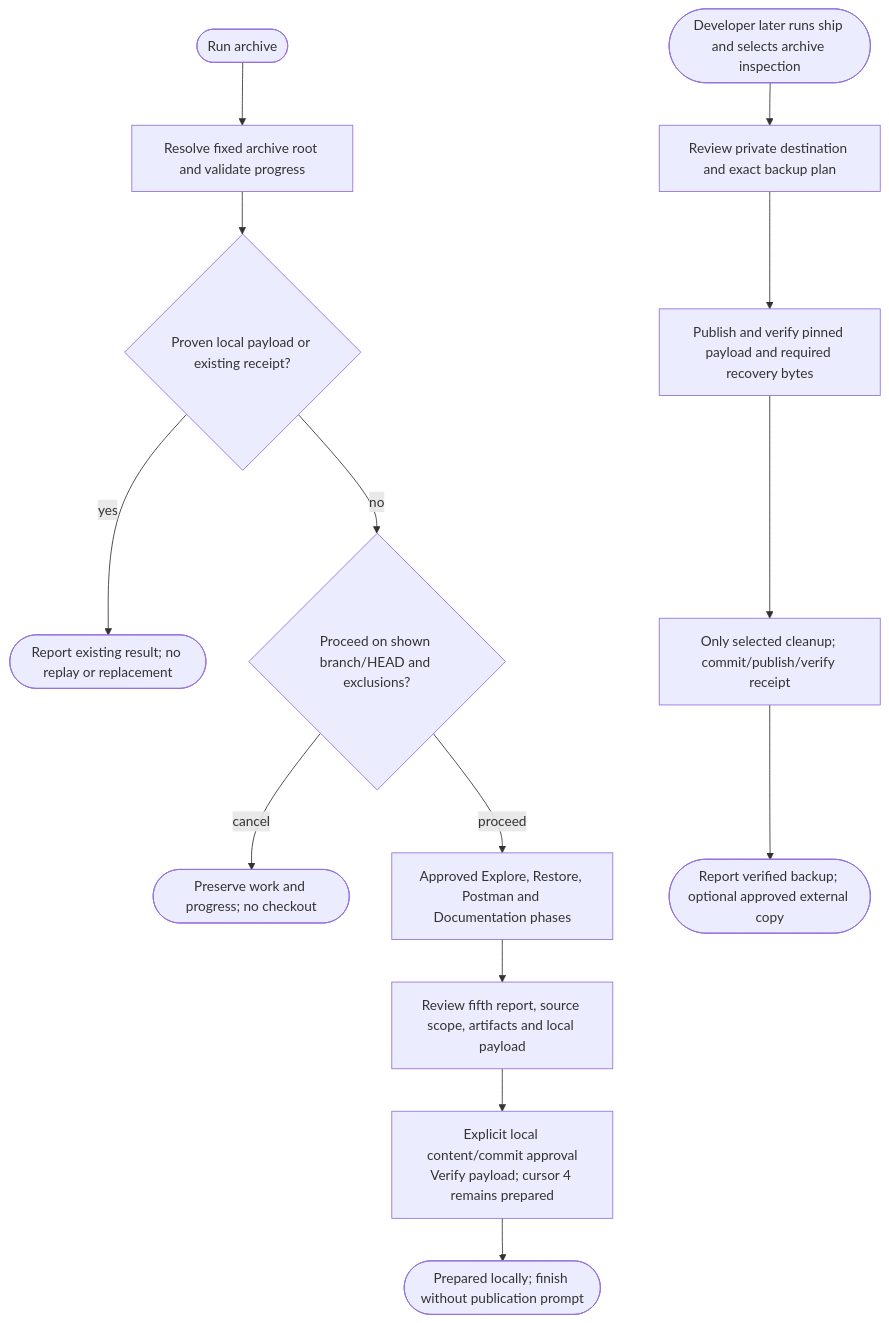
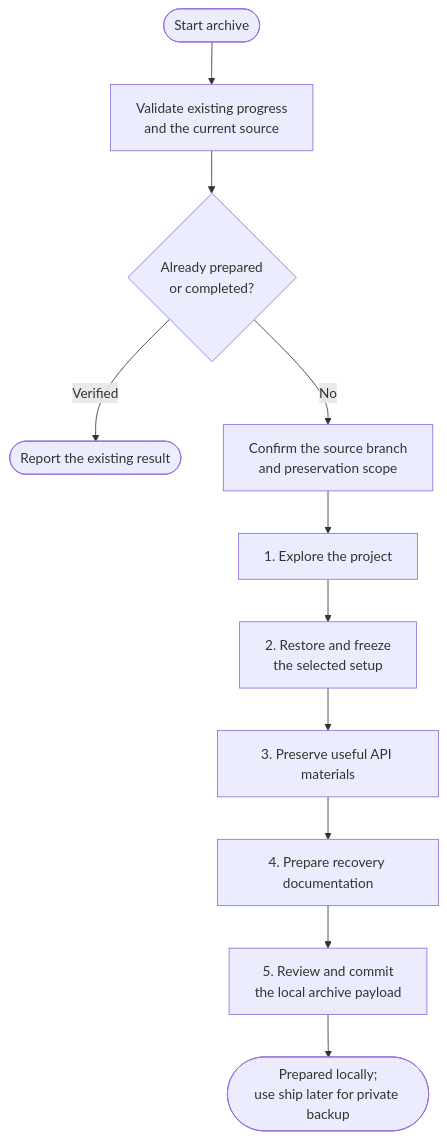
One commit to myowinthein/agent-helm changed the diagram in docs/commands/archive.md. Above: the diagram before and after it, drawn with Mermaid. The commit also changed other lines of this file and 34 other files, not shown here.

````diff
--- a/docs/commands/archive.md
+++ b/docs/commands/archive.md
@@ -32,16 +25,13 @@
 ```mermaid
 flowchart TD
-  Start([Run archive]) --> Root[Resolve fixed archive root and validate progress]
-  Root --> Existing{Proven local payload or existing receipt?}
-  Existing -->|yes| Report([Report existing result; no replay or replacement])
-  Existing -->|no| Confirm{Proceed on shown branch/HEAD and exclusions?}
-  Confirm -->|cancel| Cancel([Preserve work and progress; no checkout])
-  Confirm -->|proceed| Restore[Approved Explore, Restore, Postman and Documentation phases]
-  Restore --> Prepare[Review fifth report, source scope, artifacts and local payload]
-  Prepare --> Commit[Explicit local content/commit approval<br/>Verify payload; cursor 4 remains prepared]
-  Commit --> Local([Prepared locally; finish without publication prompt])
-  Later([Developer later runs ship and selects archive inspection]) --> Publish[Review private destination and exact backup plan]
-  Publish --> Payload[Publish and verify pinned payload and required recovery bytes]
-  Payload --> Receipt[Only selected cleanup; commit/publish/verify receipt]
-  Receipt --> Sealed([Report verified backup; optional approved external copy])
+  Start(["Start archive"]) --> Progress["Validate existing progress<br/>and the current source"]
+  Progress --> Done{"Already prepared<br/>or completed?"}
+  Done -->|Verified| Existing(["Report the existing result"])
+  Done -->|No| Branch["Confirm the source branch<br/>and preservation scope"]
+  Branch --> Explore["1. Explore the project"]
+  Explore --> Restore["2. Restore and freeze<br/>the selected setup"]
+  Restore --> API["3. Preserve useful API materials"]
+  API --> Docs["4. Prepare recovery documentation"]
+  Docs --> Payload["5. Review and commit<br/>the local archive payload"]
+  Payload --> End(["Prepared locally;<br/>use ship later for private backup"])
 ```
````
